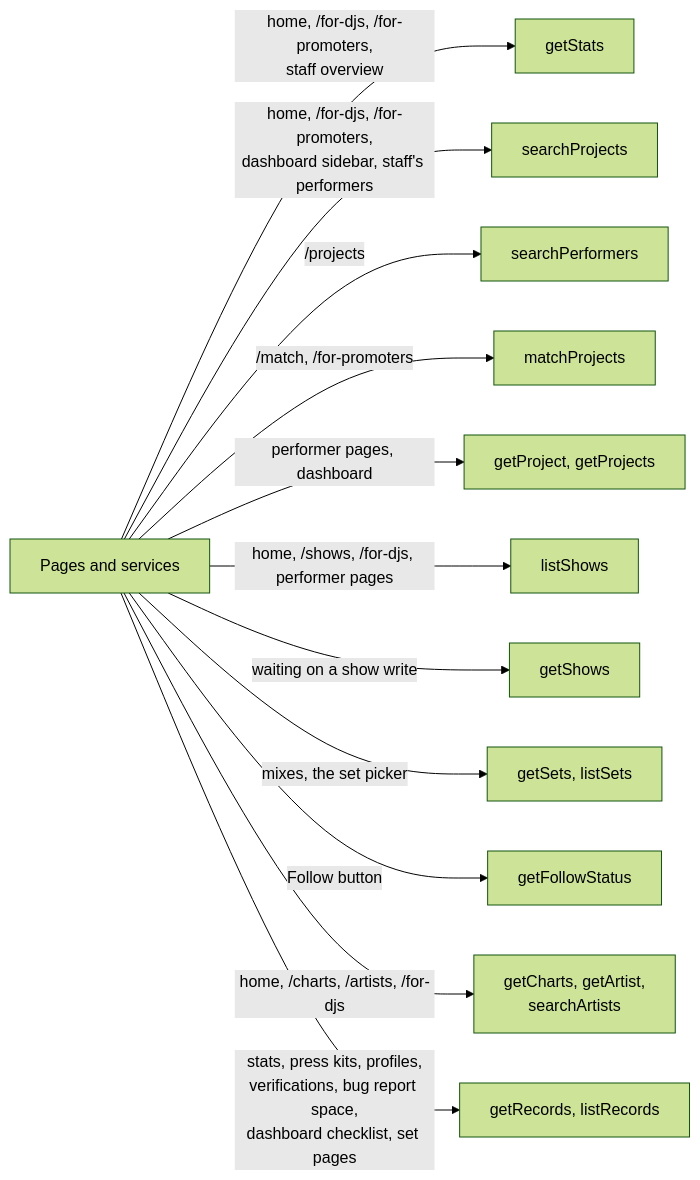
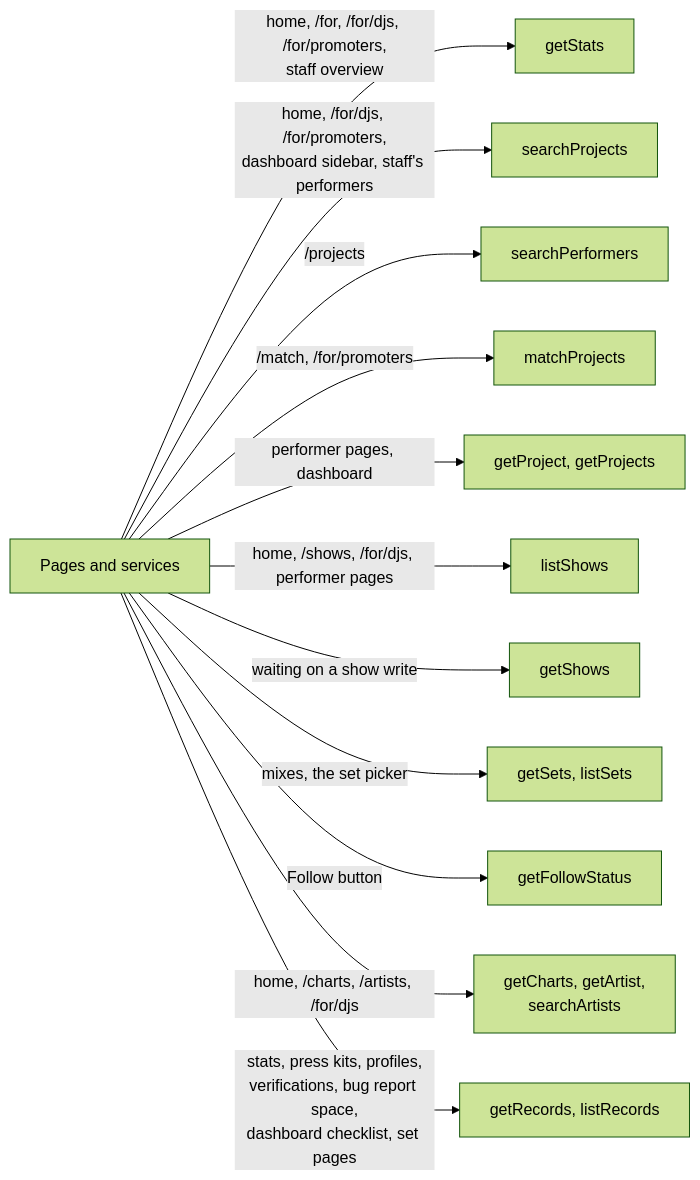
Before and after one commit to cutenode/localnetwork: the seventh of 7 diagrams in apps/web/docs/diagrams/jobs-and-directory.md, drawn with Mermaid (forest theme). The commit also changed other lines of this file and 40 other files, not shown here.

````diff
--- a/apps/web/docs/diagrams/jobs-and-directory.md
+++ b/apps/web/docs/diagrams/jobs-and-directory.md
@@ -139,15 +139,15 @@
 ```mermaid
 flowchart LR
   Pages["Pages and services"]
-  Pages -- "home, /for-djs, /for-promoters,<br/>staff overview" --> Q1["getStats"]
-  Pages -- "home, /for-djs, /for-promoters,<br/>dashboard sidebar, staff's performers" --> Q10["searchProjects"]
+  Pages -- "home, /for, /for/djs, /for/promoters,<br/>staff overview" --> Q1["getStats"]
+  Pages -- "home, /for/djs, /for/promoters,<br/>dashboard sidebar, staff's performers" --> Q10["searchProjects"]
   Pages -- "/projects" --> Q2["searchPerformers"]
-  Pages -- "/match, /for-promoters" --> Q3["matchProjects"]
+  Pages -- "/match, /for/promoters" --> Q3["matchProjects"]
   Pages -- "performer pages, dashboard" --> Q4["getProject, getProjects"]
-  Pages -- "home, /shows, /for-djs, performer pages" --> Q5["listShows"]
+  Pages -- "home, /shows, /for/djs, performer pages" --> Q5["listShows"]
   Pages -- "waiting on a show write" --> Q11["getShows"]
   Pages -- "mixes, the set picker" --> Q6["getSets, listSets"]
   Pages -- "Follow button" --> Q7["getFollowStatus"]
-  Pages -- "home, /charts, /artists, /for-djs" --> Q8["getCharts, getArtist,<br/>searchArtists"]
+  Pages -- "home, /charts, /artists, /for/djs" --> Q8["getCharts, getArtist,<br/>searchArtists"]
   Pages -- "stats, press kits, profiles,<br/>verifications, bug report space,<br/>dashboard checklist, set pages" --> Q9["getRecords, listRecords"]
 ```
````
